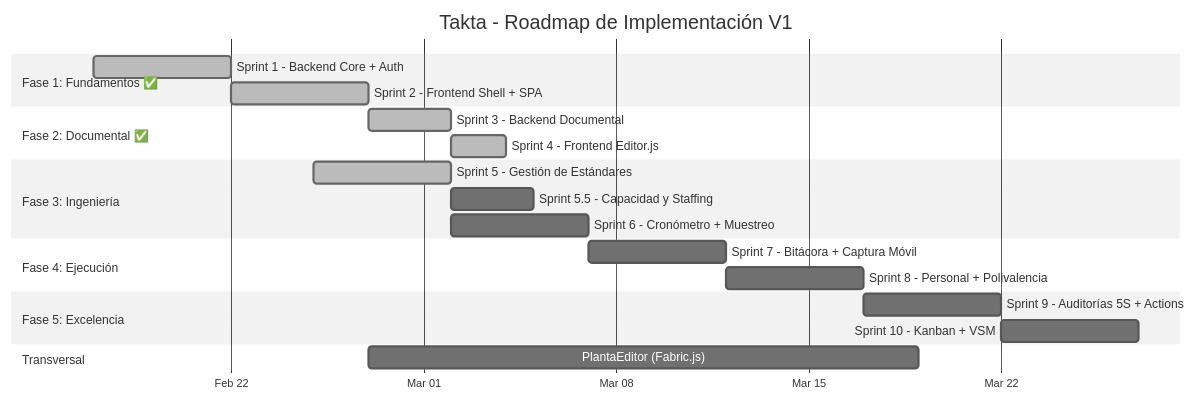
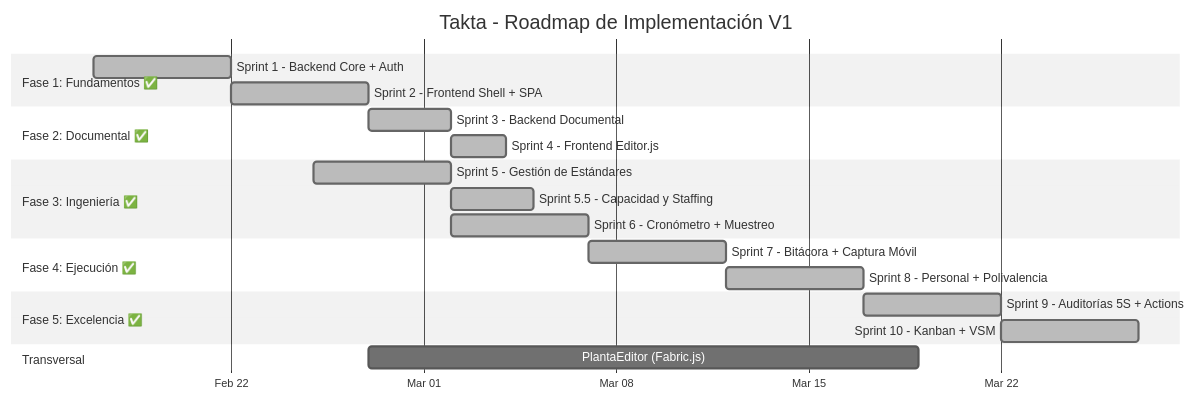
The diagram in plans/v1/PLAN_MAESTRO_COMPLETE.md (DanAndCastRod/Takta), drawn with Mermaid (neutral theme) before and after one commit. The commit also changed other lines of this file and 153 other files, not shown here.

````diff
--- a/plans/v1/PLAN_MAESTRO_COMPLETE.md
+++ b/plans/v1/PLAN_MAESTRO_COMPLETE.md
@@ -52,30 +52,30 @@
 ```mermaid
 gantt
     title Takta - Roadmap de Implementación V1
     dateFormat YYYY-MM-DD
     axisFormat %b %d
 
     section Fase 1: Fundamentos ✅
     Sprint 1 - Backend Core + Auth       :done, f1s1, 2026-02-17, 5d
     Sprint 2 - Frontend Shell + SPA      :done, f1s2, after f1s1, 5d
 
     section Fase 2: Documental ✅
     Sprint 3 - Backend Documental        :done, f2s3, after f1s2, 3d
     Sprint 4 - Frontend Editor.js        :done, f2s4, after f2s3, 2d
 
-    section Fase 3: Ingeniería
+    section Fase 3: Ingeniería ✅
     Sprint 5 - Gestión de Estándares     :done, f3s5, 2026-02-25, 5d
-    Sprint 5.5 - Capacidad y Staffing    :f3s55, after f3s5, 3d
-    Sprint 6 - Cronómetro + Muestreo    :f3s6, after f3s5, 5d
+    Sprint 5.5 - Capacidad y Staffing    :done, f3s55, after f3s5, 3d
+    Sprint 6 - Cronómetro + Muestreo    :done, f3s6, after f3s5, 5d
 
-    section Fase 4: Ejecución
-    Sprint 7 - Bitácora + Captura Móvil  :f4s7, after f3s6, 5d
-    Sprint 8 - Personal + Polivalencia   :f4s8, after f4s7, 5d
+    section Fase 4: Ejecución ✅
+    Sprint 7 - Bitácora + Captura Móvil  :done, f4s7, after f3s6, 5d
+    Sprint 8 - Personal + Polivalencia   :done, f4s8, after f4s7, 5d
 
-    section Fase 5: Excelencia
-    Sprint 9 - Auditorías 5S + Actions   :f5s9, after f4s8, 5d
-    Sprint 10 - Kanban + VSM             :f5s10, after f5s9, 5d
+    section Fase 5: Excelencia ✅
+    Sprint 9 - Auditorías 5S + Actions   :done, f5s9, after f4s8, 5d
+    Sprint 10 - Kanban + VSM             :done, f5s10, after f5s9, 5d
 
     section Transversal
     PlantaEditor (Fabric.js)             :pe, after f1s2, 20d
 ```
````
